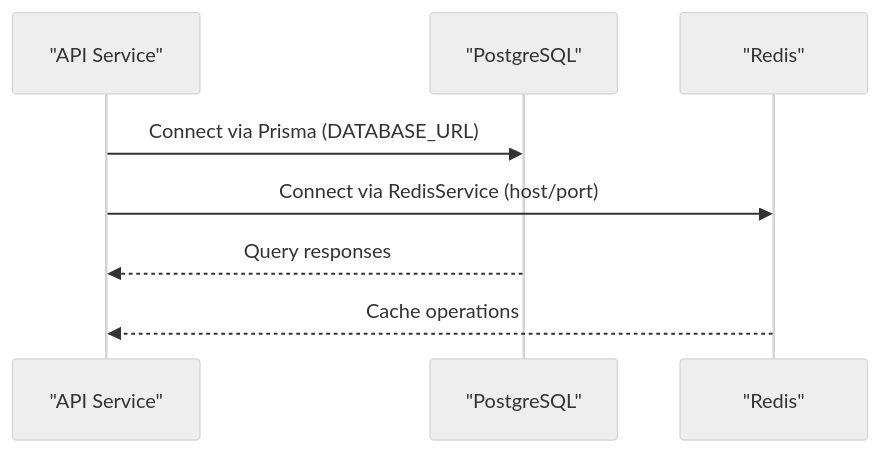
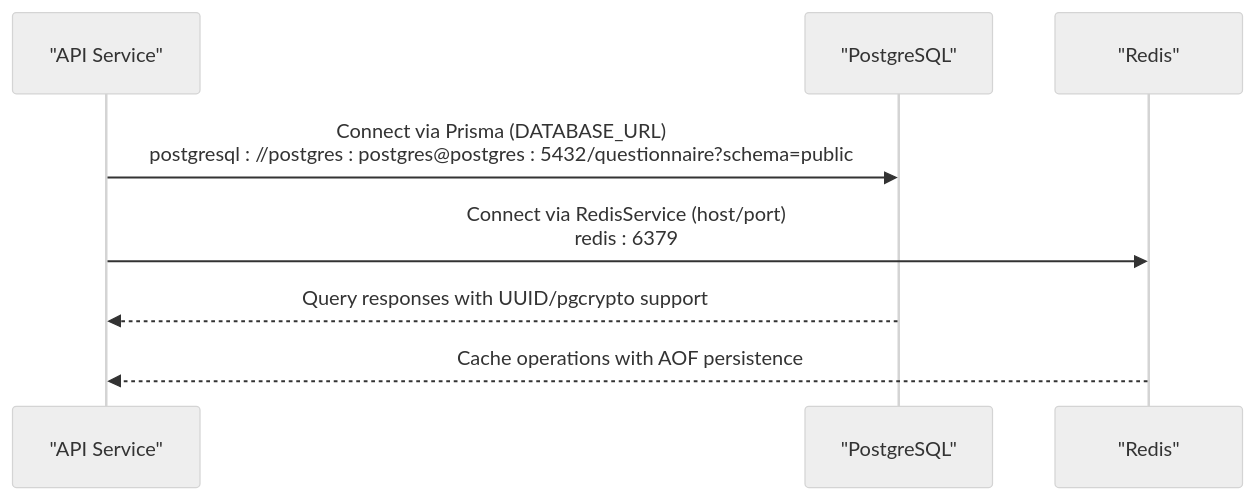
One commit to Avi-Bendetsky/Quiz-to-build changed the eighth of 10 diagrams in .qoder/repowiki/en/content/Deployment and Infrastructure/Docker Containerization.md. Above: the diagram before and after it, drawn with Mermaid (neutral theme). The commit also changed other lines of this file and 41 other files, not shown here.

````diff
--- a/.qoder/repowiki/en/content/Deployment and Infrastructure/Docker Containerization.md
+++ b/.qoder/repowiki/en/content/Deployment and Infrastructure/Docker Containerization.md
@@ -326,10 +494,10 @@
 ```mermaid
 sequenceDiagram
 participant API as "API Service"
 participant DB as "PostgreSQL"
 participant CACHE as "Redis"
-API->>DB : Connect via Prisma (DATABASE_URL)
-API->>CACHE : Connect via RedisService (host/port)
-DB-->>API : Query responses
-CACHE-->>API : Cache operations
+API->>DB : Connect via Prisma (DATABASE_URL)<br/>postgresql : //postgres : postgres@postgres : 5432/questionnaire?schema=public
+API->>CACHE : Connect via RedisService (host/port)<br/>redis : 6379
+DB-->>API : Query responses with UUID/pgcrypto support
+CACHE-->>API : Cache operations with AOF persistence
 ```
````
